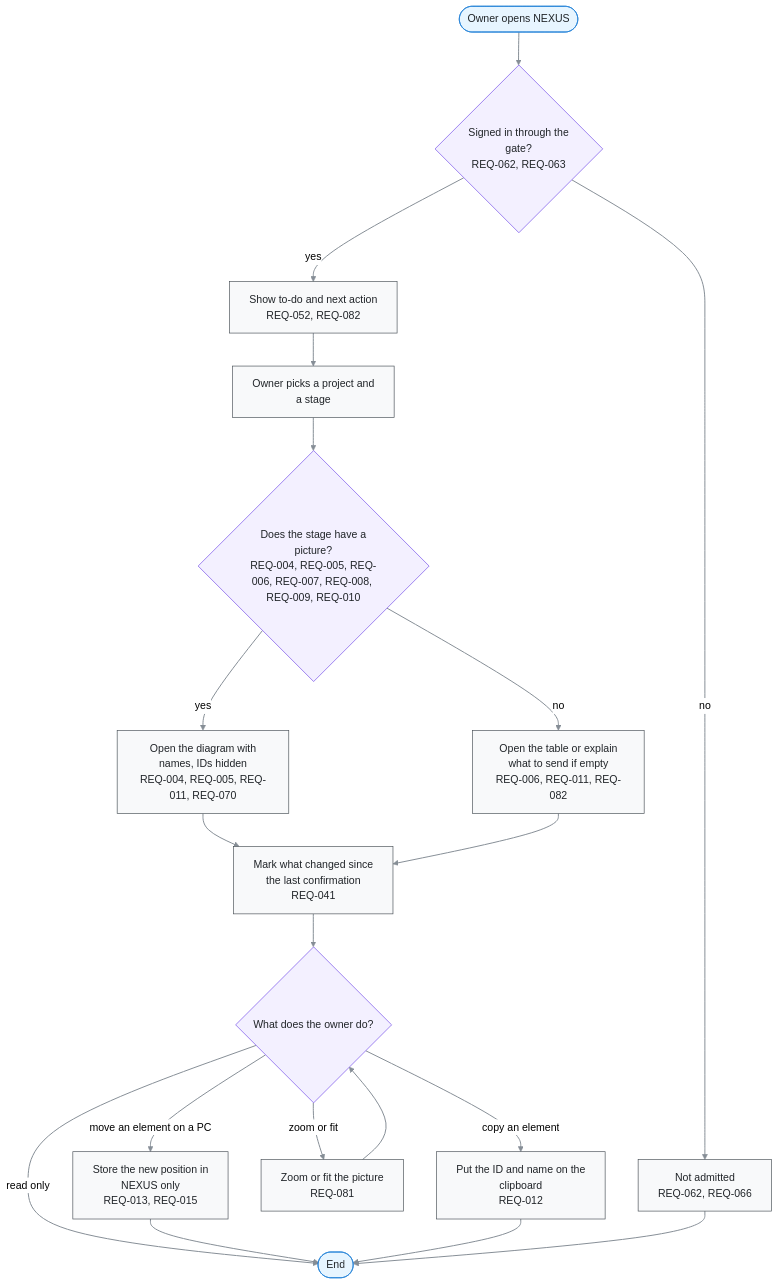
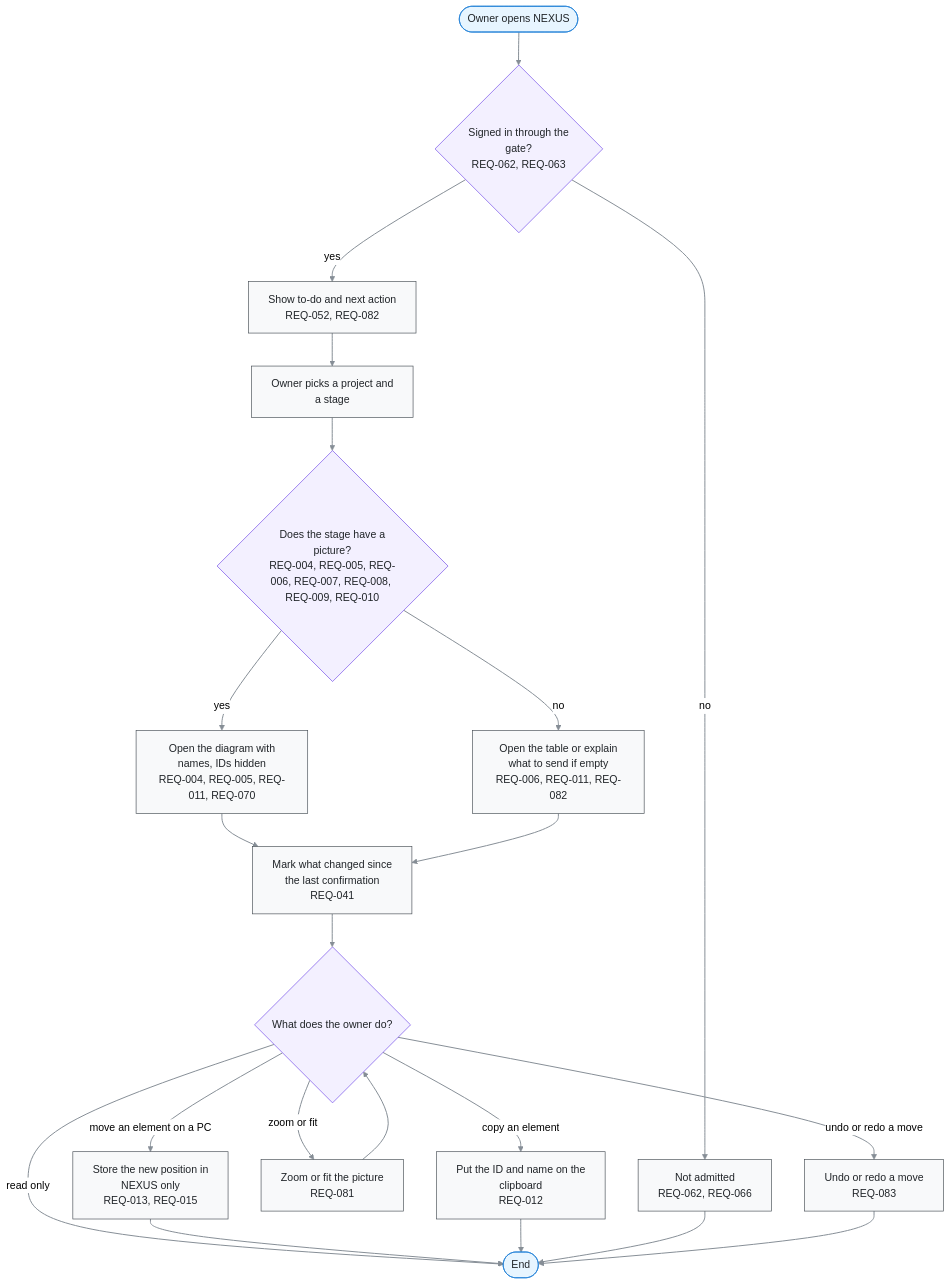
The diagram in docs/03-user-flow/FL-002-read-a-stage-from-the-to-do.md (kodonghui/corthex-nexus), drawn with Mermaid (neutral theme) before and after one commit. The commit also changed other lines of this file and 34 other files, not shown here.

First line of the commit message:
Undo diagram moves without overwriting other tabs (#174)

````diff
--- a/docs/03-user-flow/FL-002-read-a-stage-from-the-to-do.md
+++ b/docs/03-user-flow/FL-002-read-a-stage-from-the-to-do.md
@@ -9,45 +9,48 @@
 ```mermaid
 flowchart TD
   A(["Owner opens NEXUS"])
   B{"Signed in through the<br/>gate?<br/>REQ-062, REQ-063"}
   C["Show to-do and next action<br/>REQ-052, REQ-082"]
   D["Owner picks a project and<br/>a stage"]
   E{"Does the stage have a<br/>picture?<br/>REQ-004, REQ-005, REQ-006, REQ-007, REQ-008, REQ-009, REQ-010"}
   F["Open the diagram with<br/>names, IDs hidden<br/>REQ-004, REQ-005, REQ-011, REQ-070"]
   G["Open the table or explain<br/>what to send if empty<br/>REQ-006, REQ-011, REQ-082"]
   H["Mark what changed since<br/>the last confirmation<br/>REQ-041"]
   I{"What does the owner do?"}
   J["Store the new position in<br/>NEXUS only<br/>REQ-013, REQ-015"]
   K["Put the ID and name on the<br/>clipboard<br/>REQ-012"]
   L["Zoom or fit the picture<br/>REQ-081"]
+  N["Undo or redo a move<br/>REQ-083"]
   R1["Not admitted<br/>REQ-062, REQ-066"]
   Z(["End"])
   A e1@--> B
   B e2@-->|no| R1
   B e3@-->|yes| C
   C e4@--> D
   D e5@--> E
   E e6@-->|yes| F
   E e7@-->|no| G
   F e8@--> H
   G e9@--> H
   H e10@--> I
   I e11@-->|move an element on a PC| J
   I e12@-->|copy an element| K
   I e13@-->|read only| Z
   J e14@--> Z
   K e15@--> Z
   R1 e16@--> Z
   I e17@-->|zoom or fit| L
   L e18@--> I
+  I e19@-->|undo or redo a move| N
+  N e20@--> Z
   %% legend: below
   classDef term fill:#e7f5ff,stroke:#1c7ed6,color:#212529
   classDef proc fill:#f8f9fa,stroke:#495057,color:#212529
   classDef decide fill:#f3f0ff,stroke:#7048e8,color:#212529
   classDef gap fill:#f1f3f5,stroke:#adb5bd,stroke-dasharray:2 3,color:#495057
   classDef pass stroke:#868e96,stroke-width:1.5px
   class A,Z term
-  class C,D,F,G,H,J,K,L,R1 proc
+  class C,D,F,G,H,J,K,L,N,R1 proc
   class B,E,I decide
-  class e1,e2,e3,e4,e5,e6,e7,e8,e9,e10,e11,e12,e13,e14,e15,e16,e17,e18 pass
+  class e1,e2,e3,e4,e5,e6,e7,e8,e9,e10,e11,e12,e13,e14,e15,e16,e17,e18,e19,e20 pass
 ```
````
